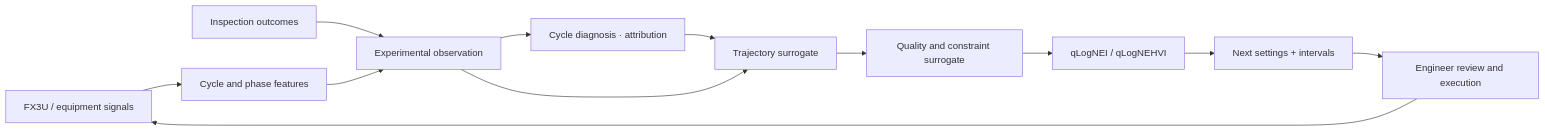
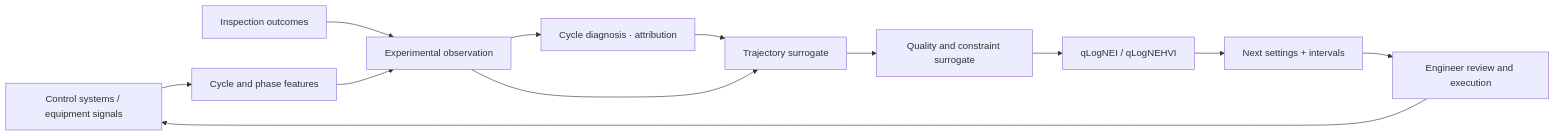
Before and after one commit to liuweichaox/Ingot: the diagram in README.en.md, drawn with Mermaid. The commit also changed other lines of this file and 99 other files, not shown here.

````diff
--- a/README.en.md
+++ b/README.en.md
@@ -43,14 +51,14 @@
 ```mermaid
 flowchart LR
-    A["FX3U / equipment signals"] --> B["Cycle and phase features"]
+    A["Control systems / equipment signals"] --> B["Cycle and phase features"]
     C["Inspection outcomes"] --> D["Experimental observation"]
     B --> D
     D --> J["Cycle diagnosis · attribution"]
     J --> E["Trajectory surrogate"]
     D --> E
     E --> F["Quality and constraint surrogate"]
     F --> G["qLogNEI / qLogNEHVI"]
     G --> H["Next settings + intervals"]
     H --> I["Engineer review and execution"]
     I --> A
 ```
````
